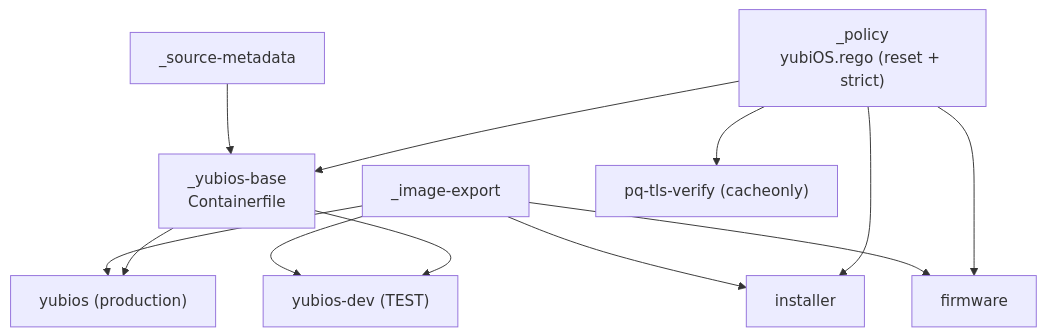
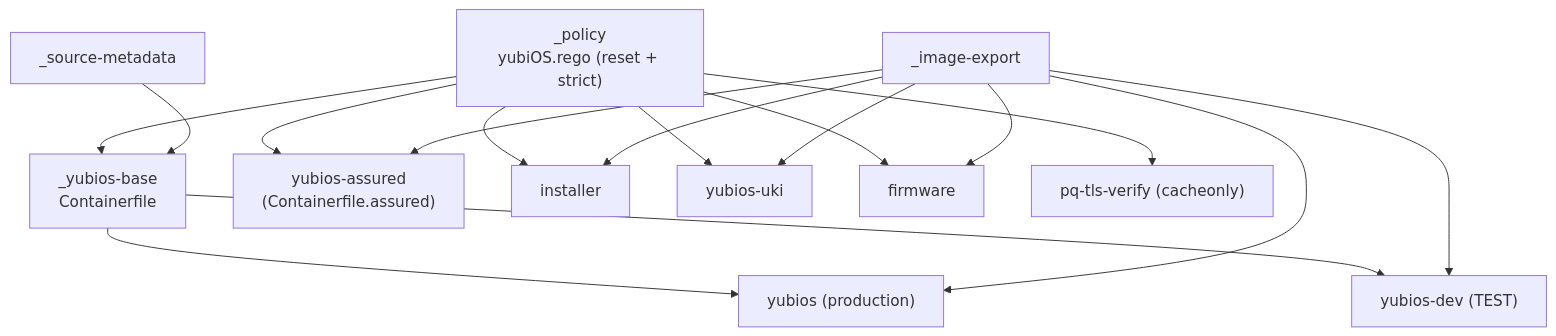
The fourth of 13 diagrams in docs/CI_MAP.md (yubi-OS/yubiOS), drawn with Mermaid before and after one commit. The commit also changed other lines of this file, not shown here.

Commit message:
docs(ci): refresh CI_MAP.md for 44-file census, 7-stage flash lane, and live ci-launchpad schema sync

````diff
--- a/docs/CI_MAP.md
+++ b/docs/CI_MAP.md
@@ -299,23 +511,29 @@
 ```mermaid
 flowchart TD
     policy["_policy\nyubiOS.rego (reset + strict)"]
     metadata["_source-metadata"]
     exporter["_image-export"]
     base["_yubios-base\nContainerfile"]
     prod["yubios (production)"]
     dev["yubios-dev (TEST)"]
+    assured["yubios-assured\n(Containerfile.assured)"]
     inst["installer"]
+    uki["yubios-uki"]
     fw["firmware"]
     pq["pq-tls-verify (cacheonly)"]
     policy --> base
     metadata --> base
     base --> prod
     exporter --> prod
     base --> dev
     exporter --> dev
+    policy --> assured
+    exporter --> assured
     policy --> inst
     exporter --> inst
+    policy --> uki
+    exporter --> uki
     policy --> fw
     exporter --> fw
     policy --> pq
 ```
````
